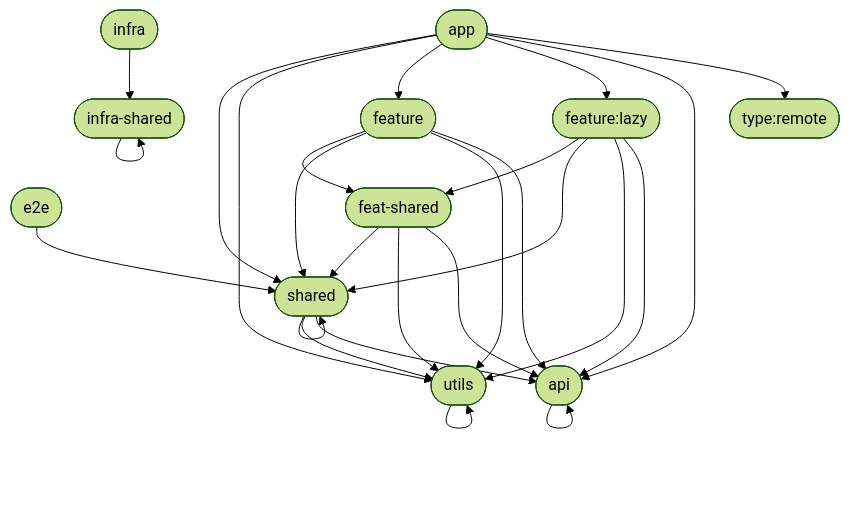
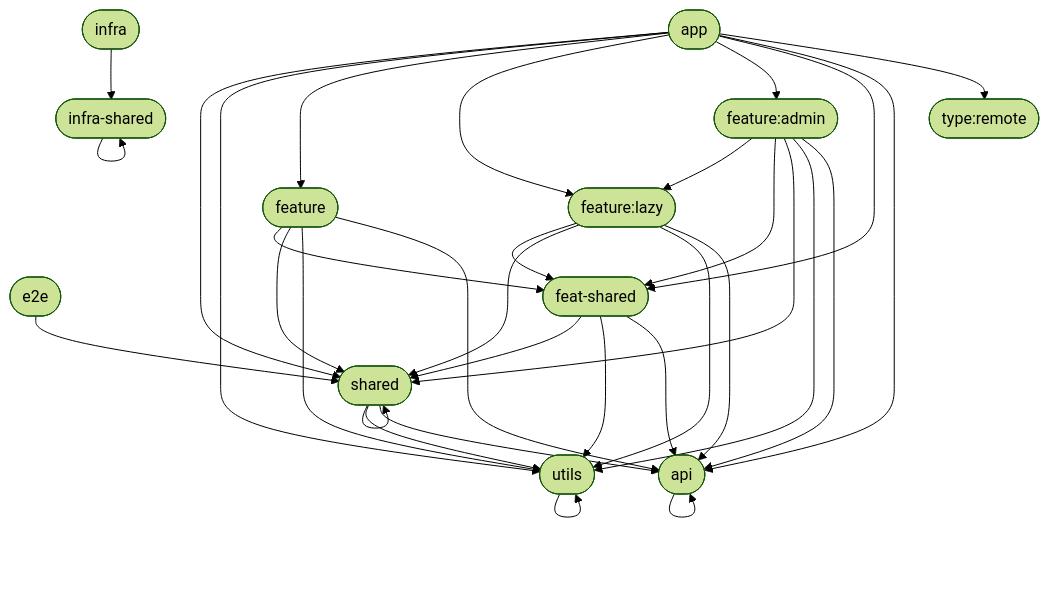
The second of 4 diagrams in docs/architecture/README.md (WolfSoko/wol-sok-mono), drawn with Mermaid (forest theme) before and after one commit. The commit also changed other lines of this file and 65 other files, not shown here.

````diff
--- a/docs/architecture/README.md
+++ b/docs/architecture/README.md
@@ -55,39 +55,47 @@
 ```mermaid
 flowchart TD
   api(["api"])
   app(["app"])
   e2e(["e2e"])
   feat_shared(["feat-shared"])
   feature(["feature"])
+  feature_admin(["feature:admin"])
   feature_lazy(["feature:lazy"])
   infra(["infra"])
   infra_shared(["infra-shared"])
   shared(["shared"])
   type_remote(["type:remote"])
   utils(["utils"])
   app --> shared
   app --> utils
   app --> feature
   app --> feature_lazy
+  app --> feature_admin
+  app --> feat_shared
   app --> api
   app --> type_remote
   infra --> infra_shared
   infra_shared --> infra_shared
   e2e --> shared
   feature --> feat_shared
   feature --> shared
   feature --> utils
   feature --> api
   feature_lazy --> feat_shared
   feature_lazy --> shared
   feature_lazy --> utils
   feature_lazy --> api
+  feature_admin --> feature_lazy
+  feature_admin --> feat_shared
+  feature_admin --> shared
+  feature_admin --> utils
+  feature_admin --> api
   feat_shared --> shared
   feat_shared --> utils
   feat_shared --> api
   shared --> shared
   shared --> utils
   shared --> api
   utils --> utils
   api --> api
 ```
````
